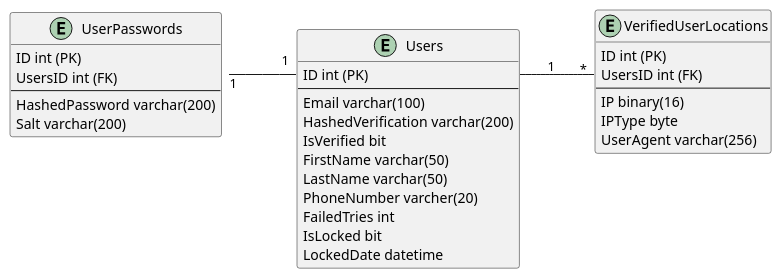
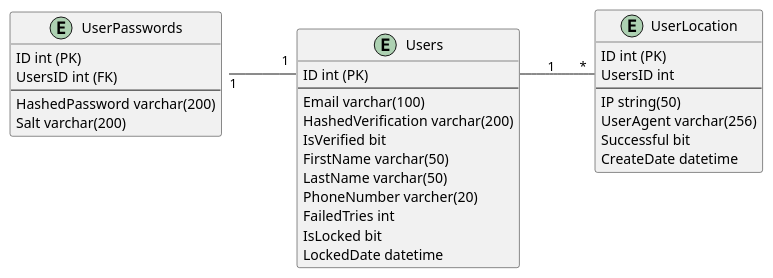
The diagram in Docs/ERD/Login-ERD.plantuml (blackout1471/trust-us-school), drawn with PlantUML before and after one commit. The commit also changed 44 other files, not shown here.

```diff
--- a/Docs/ERD/Login-ERD.plantuml
+++ b/Docs/ERD/Login-ERD.plantuml
@@ -1,39 +1,40 @@
 @startuml ERD
 left to right direction
 
 entity "UserPasswords" as up{
     ID int (PK)
     UsersID int (FK)
     --
     HashedPassword varchar(200)
     Salt varchar(200)
 }
 
 entity Users {
     ID int (PK)
     --
     Email varchar(100)
     HashedVerification varchar(200)
     IsVerified bit
     FirstName varchar(50)
     LastName varchar(50)
     PhoneNumber varcher(20)
     FailedTries int
     IsLocked bit
     LockedDate datetime
 }
-entity "VerifiedUserLocations" as vul {
+entity "UserLocation" as vul {
     ID int (PK)
-    UsersID int (FK)
+    UsersID int
     --
-    IP binary(16)
-    IPType byte
+    IP string(50)
     UserAgent varchar(256)
+    Successful bit
+    CreateDate datetime
 }
 
 Users::ID"      1" -- "*"vul::UsersID
 
 up::UserID"1" -- "1"Users::ID
 
 
 @enduml
```
